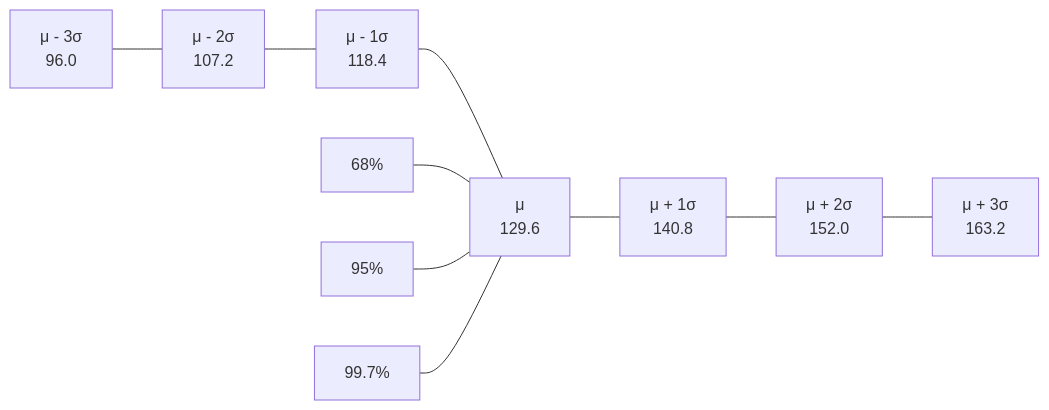
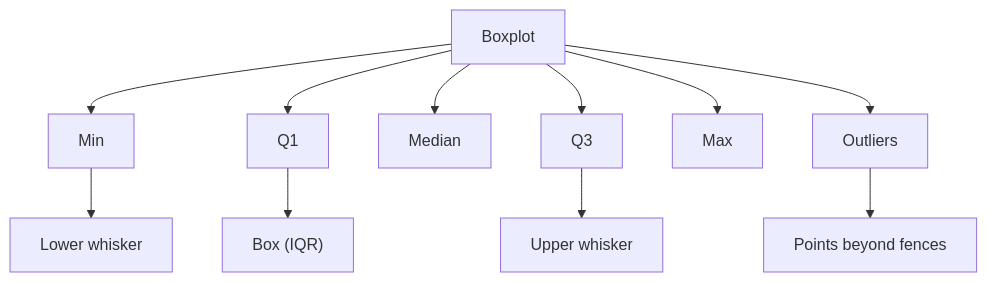
The third of 5 diagrams in 03-dispersion.md (muhammadsalek/statistics-for-scientists), drawn with Mermaid before and after one commit. The commit also changed other lines of this file, not shown here.

````diff
--- a/03-dispersion.md
+++ b/03-dispersion.md
@@ -587,8 +3045,13 @@
 ```mermaid
-graph LR
-    A["μ - 3σ<br/>96.0"] --- B["μ - 2σ<br/>107.2"] --- C["μ - 1σ<br/>118.4"] --- D["μ<br/>129.6"] --- E["μ + 1σ<br/>140.8"] --- F["μ + 2σ<br/>152.0"] --- G["μ + 3σ<br/>163.2"]
-    
-    H["68%"] --- D
-    I["95%"] --- D
-    J["99.7%"] --- D
+graph TD
+    A["Boxplot"] --> B["Min"]
+    A --> C["Q1"]
+    A --> D["Median"]
+    A --> E["Q3"]
+    A --> F["Max"]
+    A --> G["Outliers"]
+    B --> H["Lower whisker"]
+    C --> I["Box (IQR)"]
+    E --> J["Upper whisker"]
+    G --> K["Points beyond fences"]
 ```
````
